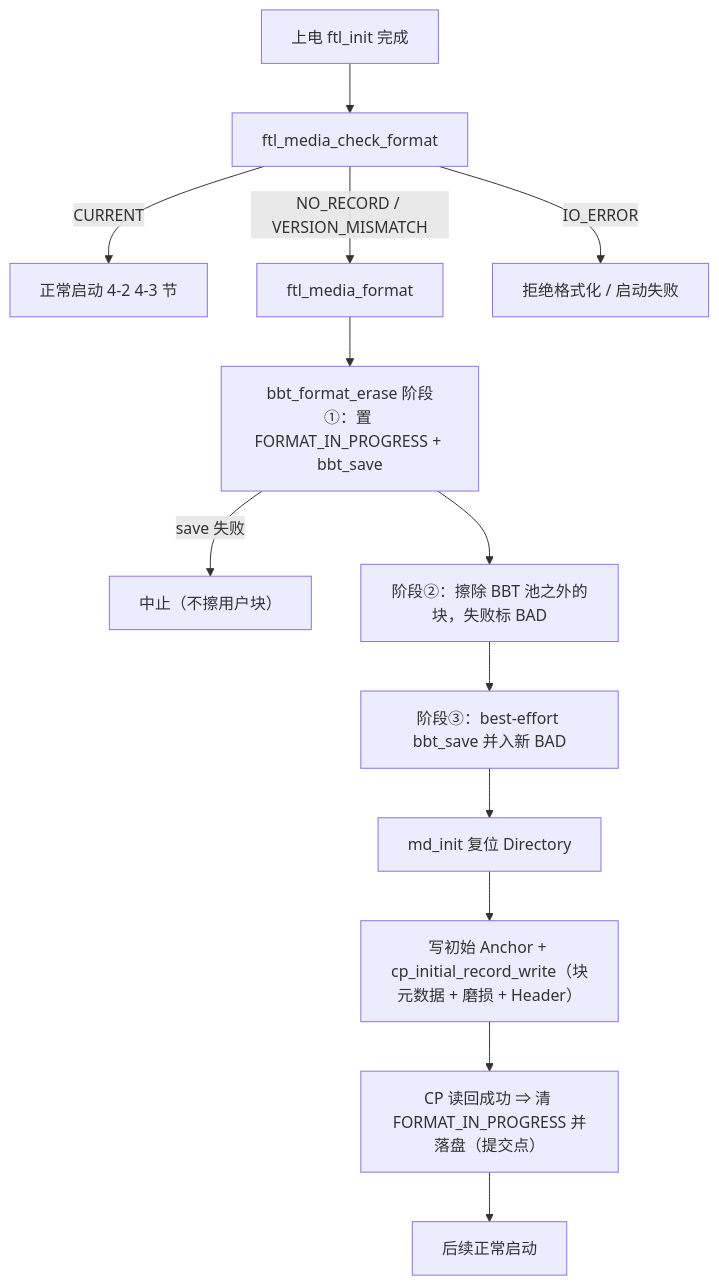
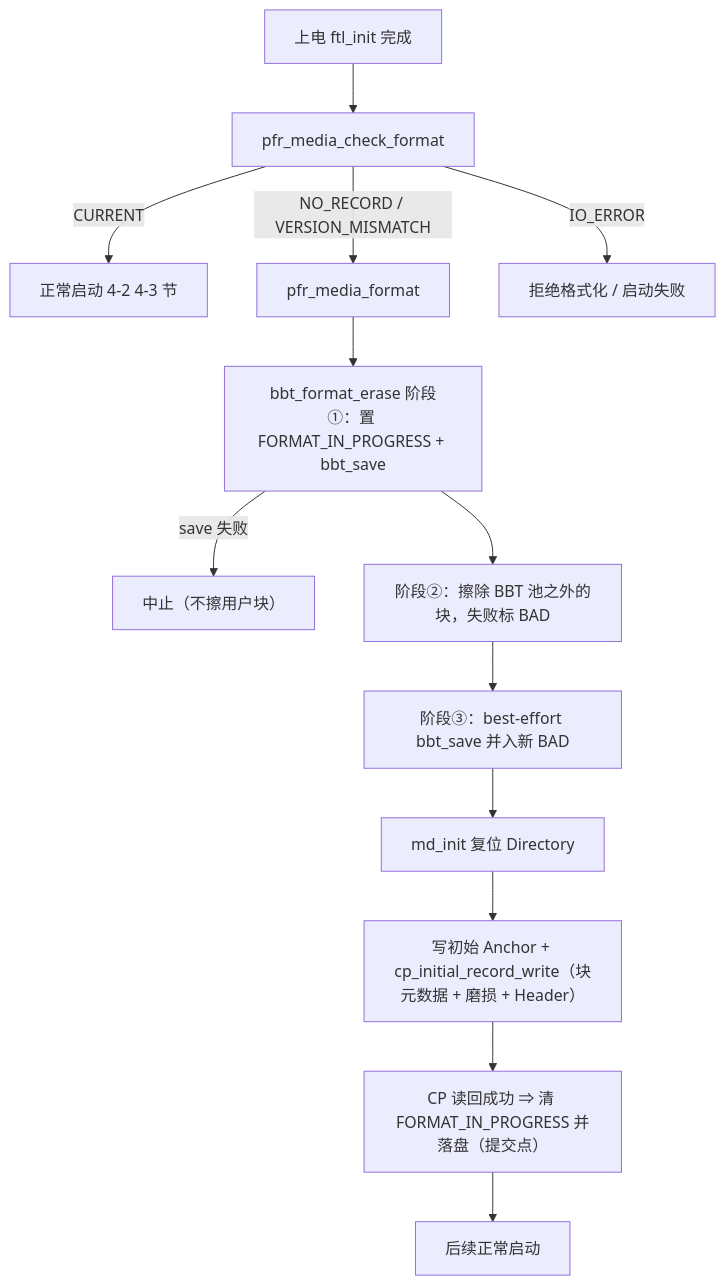
One commit to YzYMIAO/BASESSD changed diagram 23 of 32 in docs/design/ftl_design.md. Above: the diagram before and after it, drawn with Mermaid. The commit also changed other lines of this file and 14 other files, not shown here.

````diff
--- a/docs/design/ftl_design.md
+++ b/docs/design/ftl_design.md
@@ -3752,15 +3752,15 @@
 ```mermaid
 flowchart TD
-    A["上电 ftl_init 完成"] --> B["ftl_media_check_format"]
+    A["上电 ftl_init 完成"] --> B["pfr_media_check_format"]
     B -- "CURRENT" --> C["正常启动 4-2 4-3 节"]
-    B -- "NO_RECORD / VERSION_MISMATCH" --> D["ftl_media_format"]
+    B -- "NO_RECORD / VERSION_MISMATCH" --> D["pfr_media_format"]
     B -- "IO_ERROR" --> H["拒绝格式化 / 启动失败"]
     D --> D1["bbt_format_erase 阶段①：置 FORMAT_IN_PROGRESS + bbt_save"]
     D1 -- "save 失败" --> H2["中止（不擦用户块）"]
     D1 --> D2["阶段②：擦除 BBT 池之外的块，失败标 BAD"]
     D2 --> D3["阶段③：best-effort bbt_save 并入新 BAD"]
     D3 --> D4["md_init 复位 Directory"]
     D4 --> D5["写初始 Anchor + cp_initial_record_write（块元数据 + 磨损 + Header）"]
     D5 --> D6["CP 读回成功 ⇒ 清 FORMAT_IN_PROGRESS 并落盘（提交点）"]
     D6 --> E["后续正常启动"]
 ```
````
